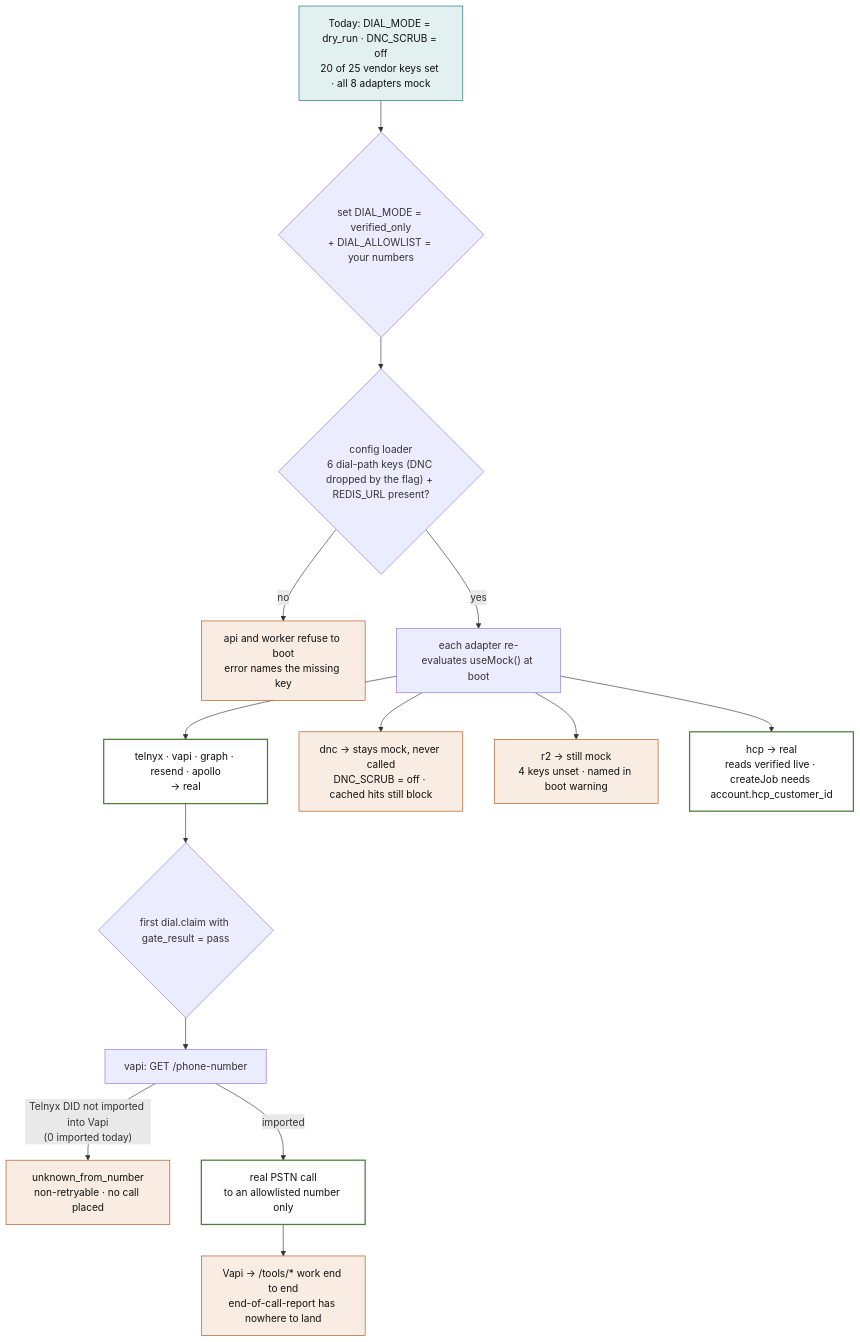
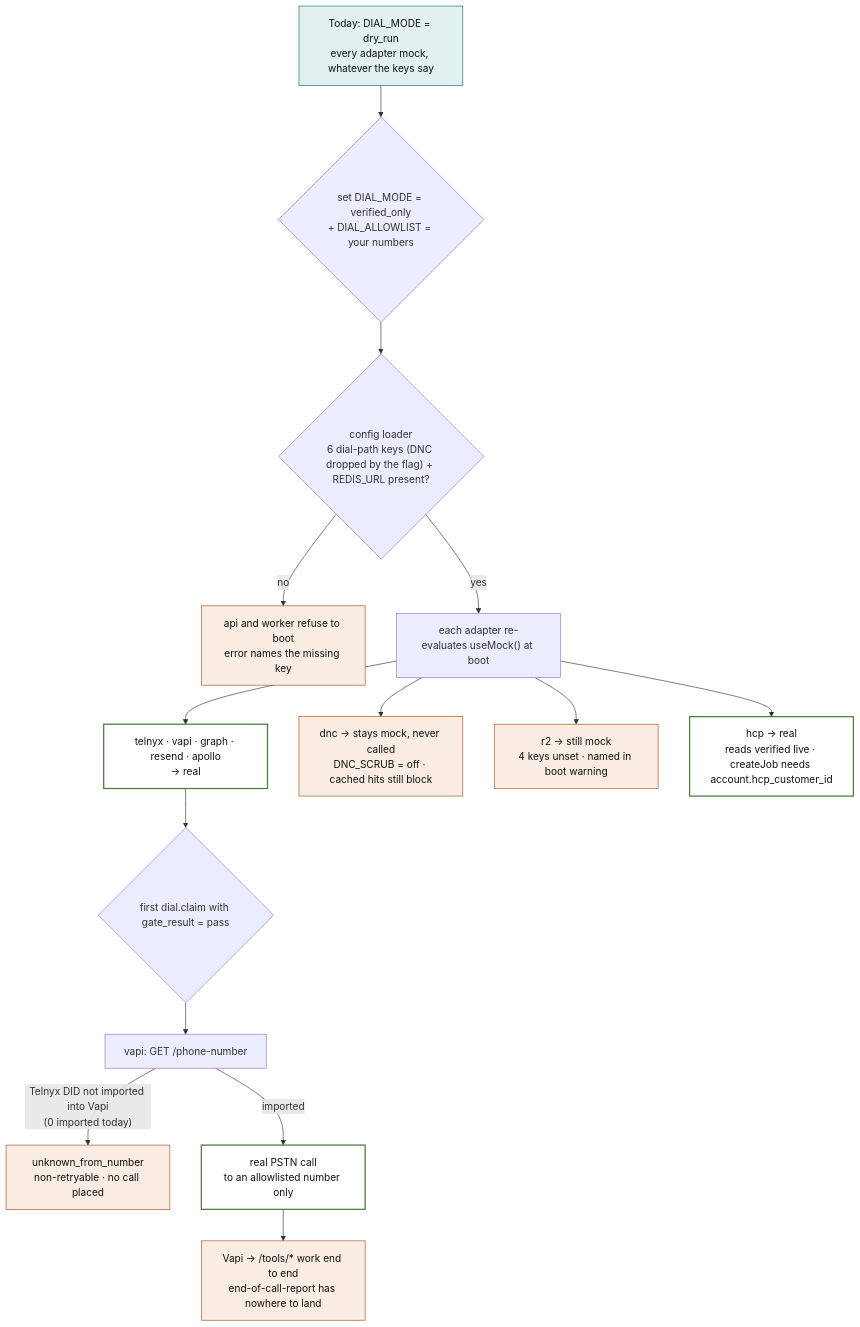
One commit to MAKaminski/tm-voice changed the seventh of 7 diagrams in docs/ARCHITECTURE.md. Above: the diagram before and after it, drawn with Mermaid. The commit also changed other lines of this file and 46 other files, not shown here.

````diff
--- a/docs/ARCHITECTURE.md
+++ b/docs/ARCHITECTURE.md
@@ -314,24 +314,24 @@
 ```mermaid
 flowchart TD
   classDef now fill:#e2f0ef,stroke:#0e6d6a,color:#111
   classDef ok fill:#fff,stroke:#4d7c3f,stroke-width:2px,color:#111
   classDef warn fill:#f9ece2,stroke:#a8501a,color:#111
   classDef gap fill:#fff,stroke:#a8501a,stroke-dasharray:5 3,color:#a8501a
 
-  A["Today: DIAL_MODE = dry_run · DNC_SCRUB = off<br/>20 of 25 vendor keys set · all 8 adapters mock"]:::now
+  A["Today: DIAL_MODE = dry_run<br/>every adapter mock, whatever the keys say"]:::now
   A --> B{"set DIAL_MODE = verified_only<br/>+ DIAL_ALLOWLIST = your numbers"}
   B --> C{"config loader<br/>6 dial-path keys (DNC dropped by the flag) + REDIS_URL present?"}
   C -->|"no"| X["api and worker refuse to boot<br/>error names the missing key"]:::warn
   C -->|"yes"| D["each adapter re-evaluates useMock() at boot"]
 
   D --> E["telnyx · vapi · graph · resend · apollo<br/>→ real"]:::ok
   D --> F["dnc → stays mock, never called<br/>DNC_SCRUB = off · cached hits still block"]:::warn
   D --> G["r2 → still mock<br/>4 keys unset · named in boot warning"]:::warn
   D --> H["hcp → real<br/>reads verified live · createJob needs account.hcp_customer_id"]:::ok
 
   E --> J{"first dial.claim with gate_result = pass"}
   J --> K["vapi: GET /phone-number"]
   K -->|"Telnyx DID not imported into Vapi<br/>(0 imported today)"| L["unknown_from_number<br/>non-retryable · no call placed"]:::warn
   K -->|"imported"| M["real PSTN call<br/>to an allowlisted number only"]:::ok
   M --> N["Vapi → /tools/* work end to end<br/>end-of-call-report has nowhere to land"]:::warn
 ```
````
